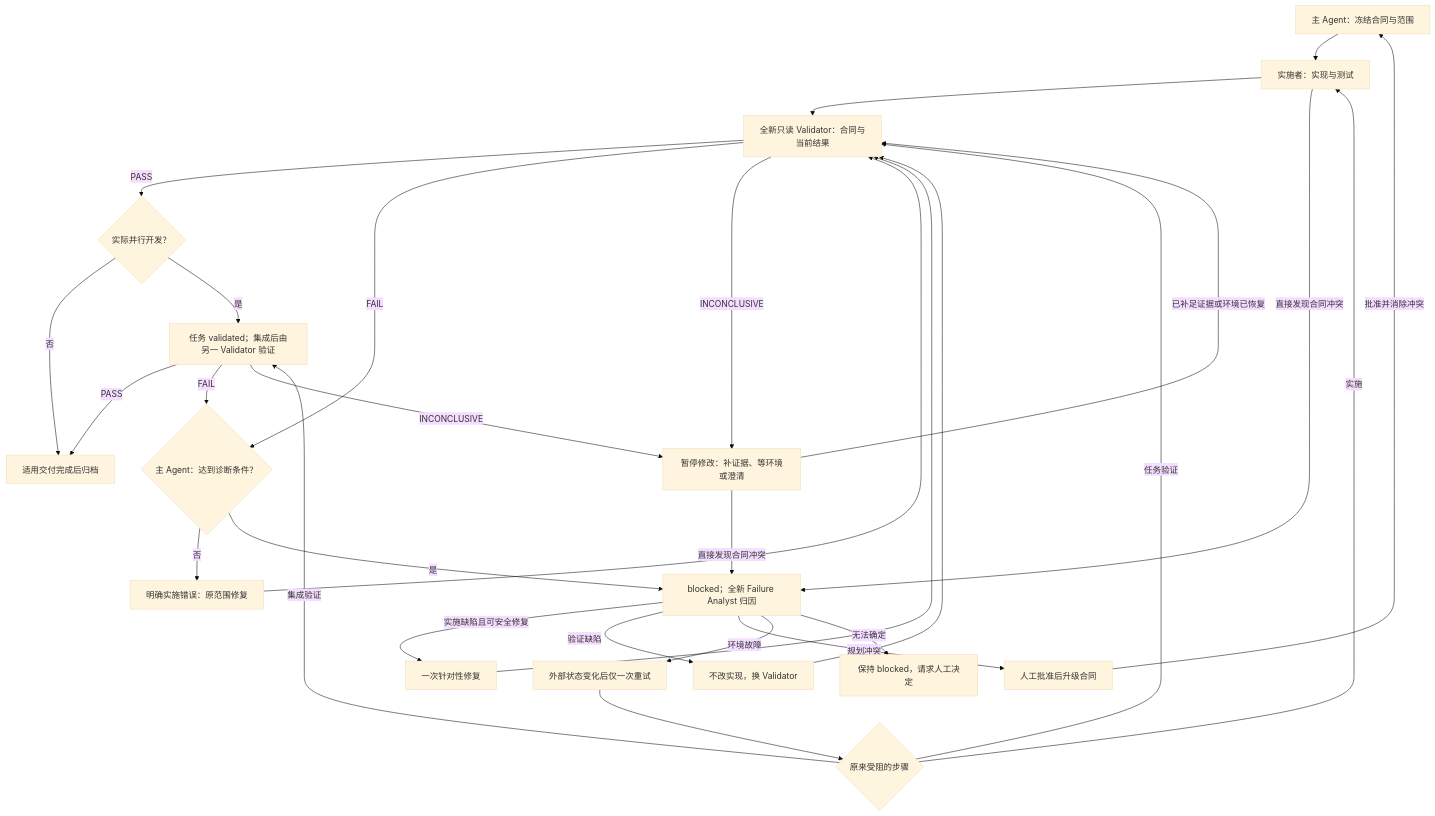
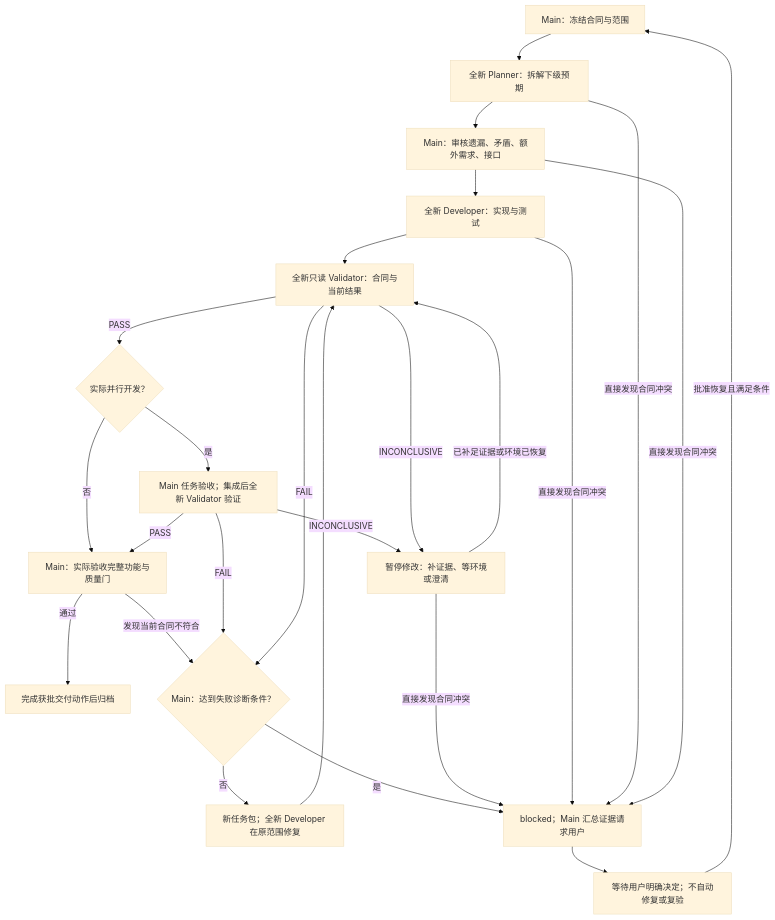
Before and after one commit to wyizhou/TrainLab: the diagram in docs/exec-plans/README.md, drawn with Mermaid (base theme). The commit also changed other lines of this file and 86 other files, not shown here.

````diff
--- a/docs/exec-plans/README.md
+++ b/docs/exec-plans/README.md
@@ -182,31 +205,27 @@
 ```mermaid
 flowchart TD
-    A["主 Agent：冻结合同与范围"] --> B["实施者：实现与测试"]
+    A["Main：冻结合同与范围"] --> L["全新 Planner：拆解下级预期"]
+    L --> M["Main：审核遗漏、矛盾、额外需求、接口"]
+    M --> B["全新 Developer：实现与测试"]
     B --> V["全新只读 Validator：合同与当前结果"]
     V -->|PASS| P{"实际并行开发？"}
-    P -->|否| S["适用交付完成后归档"]
-    P -->|是| T["任务 validated；集成后由另一 Validator 验证"]
-    T -->|PASS| S
+    P -->|否| K["Main：实际验收完整功能与质量门"]
+    P -->|是| T["Main 任务验收；集成后全新 Validator 验证"]
+    T -->|PASS| K
+    K -->|通过| S["完成获批交付动作后归档"]
+    K -->|发现当前合同不符合| D
     T -->|FAIL| D
     T -->|INCONCLUSIVE| U
-    V -->|FAIL| D{"主 Agent：达到诊断条件？"}
-    D -->|否| R["明确实施错误：原范围修复"]
+    V -->|FAIL| D{"Main：达到失败诊断条件？"}
+    D -->|否| R["新任务包；全新 Developer 在原范围修复"]
     R --> V
-    D -->|是| F["blocked；全新 Failure Analyst 归因"]
+    D -->|是| F["blocked；Main 汇总证据请求用户"]
     V -->|INCONCLUSIVE| U["暂停修改：补证据、等环境或澄清"]
     U -->|已补足证据或环境已恢复| V
     U -->|直接发现合同冲突| F
     B -->|直接发现合同冲突| F
-    F -->|实施缺陷且可安全修复| O["一次针对性修复"]
-    O --> V
-    F -->|验证缺陷| N["不改实现，换 Validator"]
-    N --> V
-    F -->|规划冲突| H["人工批准后升级合同"]
-    H -->|批准并消除冲突| A
-    F -->|环境故障| E["外部状态变化后仅一次重试"]
-    E --> Q{"原来受阻的步骤"}
-    Q -->|实施| B
-    Q -->|任务验证| V
-    Q -->|集成验证| T
-    F -->|无法确定| X["保持 blocked，请求人工决定"]
+    L -->|直接发现合同冲突| F
+    M -->|直接发现合同冲突| F
+    F --> H["等待用户明确决定；不自动修复或复验"]
+    H -->|批准恢复且满足条件| A
 ```
````
